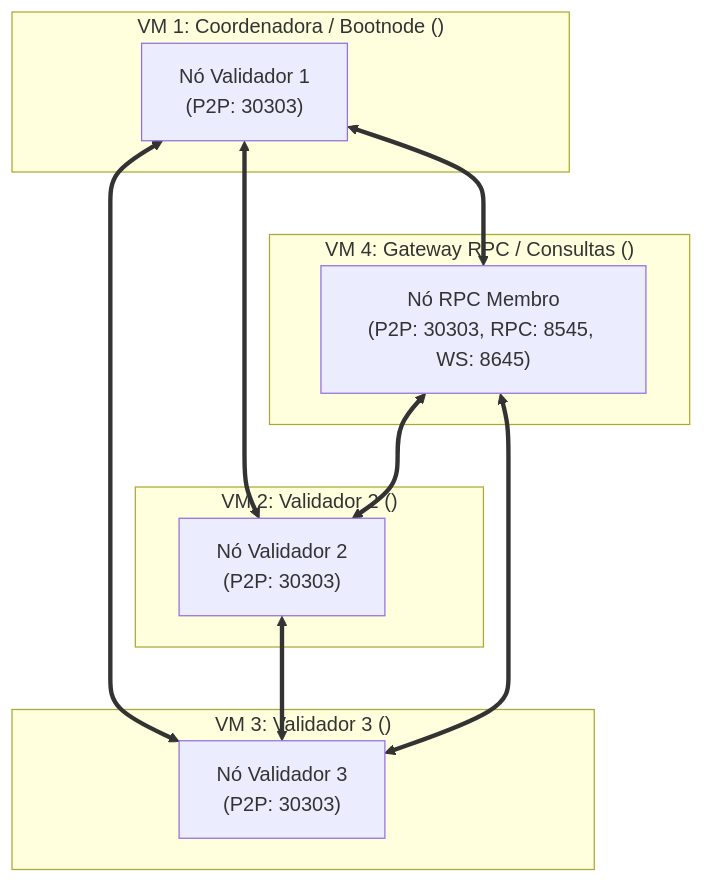
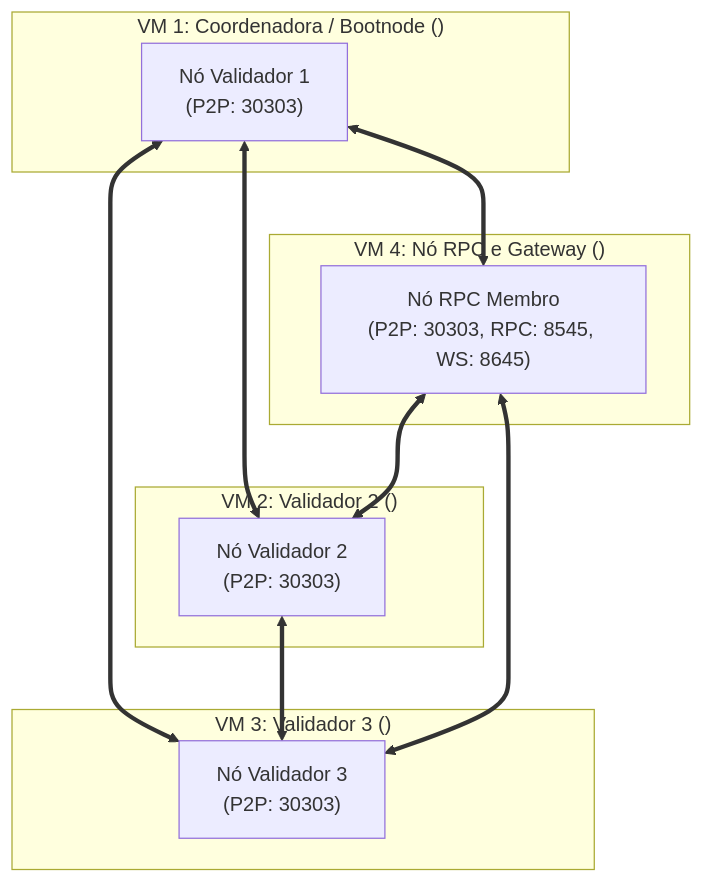
The diagram in besu/docs/arquitetura-multi-node.md (wydencoin/infra), drawn with Mermaid before and after one commit. The commit also changed other lines of this file and 35 other files, not shown here.

````diff
--- a/besu/docs/arquitetura-multi-node.md
+++ b/besu/docs/arquitetura-multi-node.md
@@ -11,25 +11,25 @@
 ```mermaid
 graph TD
     subgraph M1["VM 1: Coordenadora / Bootnode (<node1-ip>)"]
         N1["Nó Validador 1<br/>(P2P: 30303)"]
     end
 
     subgraph M2["VM 2: Validador 2 (<node2-ip>)"]
         N2["Nó Validador 2<br/>(P2P: 30303)"]
     end
 
     subgraph M3["VM 3: Validador 3 (<node3-ip>)"]
         N3["Nó Validador 3<br/>(P2P: 30303)"]
     end
 
-    subgraph M4["VM 4: Gateway RPC / Consultas (<rpc-ip>)"]
+    subgraph M4["VM 4: Nó RPC e Gateway (<rpc-ip>)"]
         RPC["Nó RPC Membro<br/>(P2P: 30303, RPC: 8545, WS: 8645)"]
     end
 
     N1 <==> N2
     N1 <==> N3
     N1 <==> RPC
     N2 <==> N3
     RPC <==> N2
     RPC <==> N3
 ```
````
